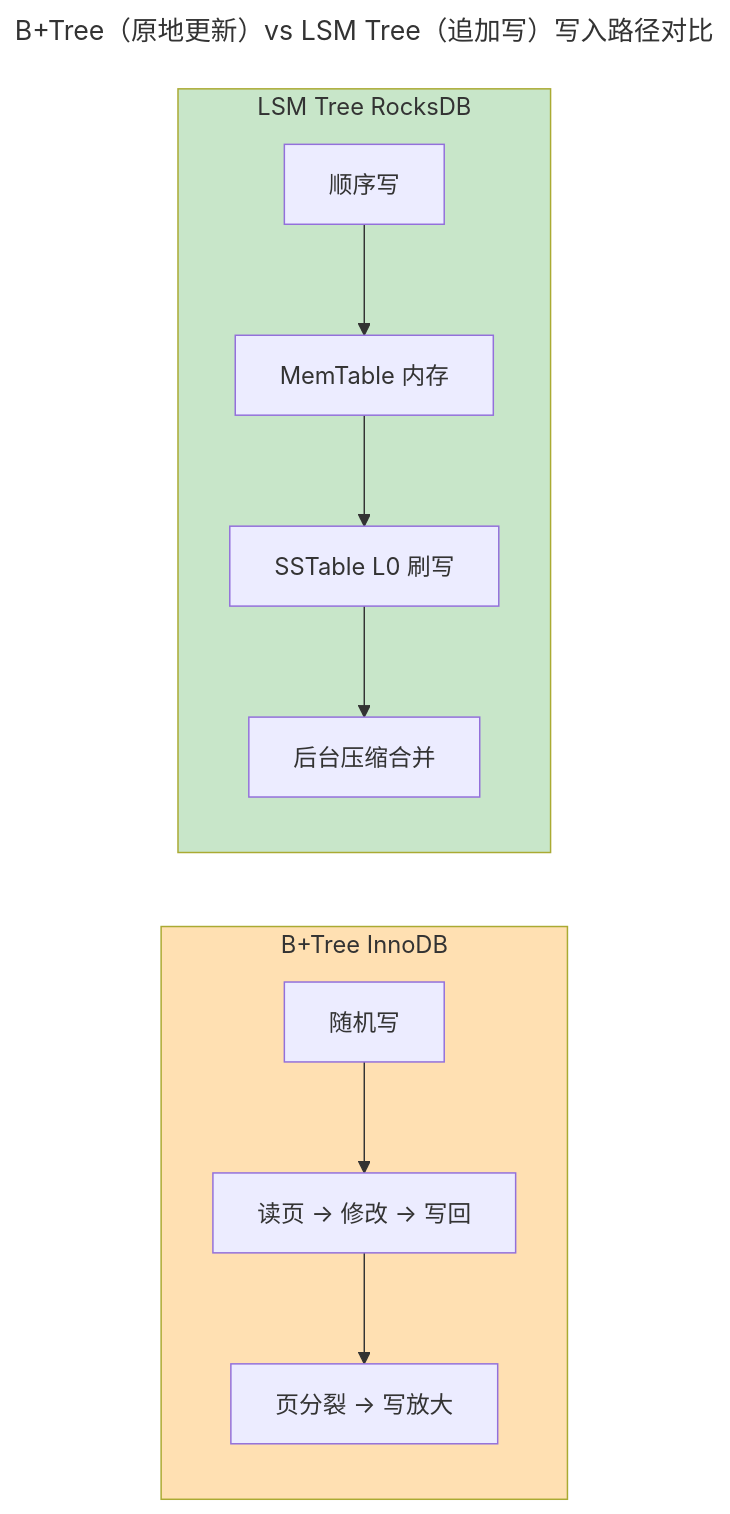
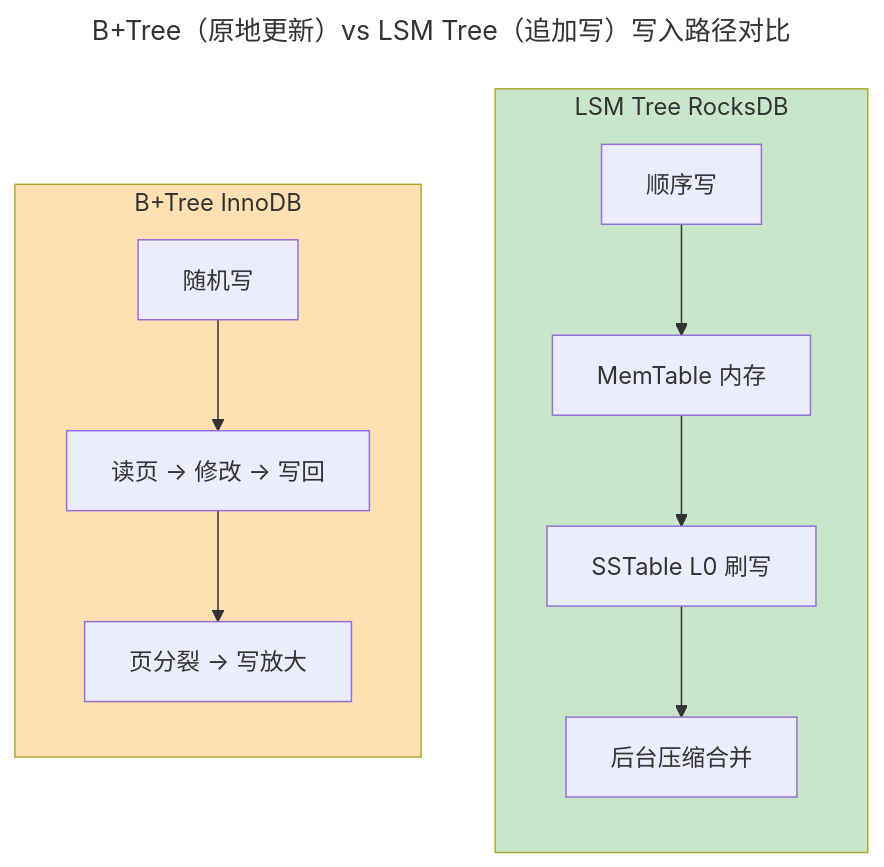
The diagram in src/content/docs/04-yuanhai/02-storage-engine.md (yadayanxue/silicon-strides), drawn with Mermaid before and after one commit. The commit also changed 11 other files, not shown here.

````diff
--- a/src/content/docs/04-yuanhai/02-storage-engine.md
+++ b/src/content/docs/04-yuanhai/02-storage-engine.md
@@ -16,19 +16,21 @@
 ```mermaid
 ---
 title: B+Tree（原地更新）vs LSM Tree（追加写）写入路径对比
 ---
-graph LR
+flowchart LR
     subgraph BTREE["B+Tree InnoDB"]
         W1["随机写"] --> P1["读页 → 修改 → 写回"]
         P1 --> S1["页分裂 → 写放大"]
     end
 
     subgraph LSM["LSM Tree RocksDB"]
         W2["顺序写"] --> M["MemTable 内存"]
         M --> S2["SSTable L0 刷写"]
         S2 --> C["后台压缩合并"]
     end
 
+    BTREE ~~~ LSM
+
     style BTREE fill:#ffe0b2
     style LSM fill:#c8e6c9
 ```
````
